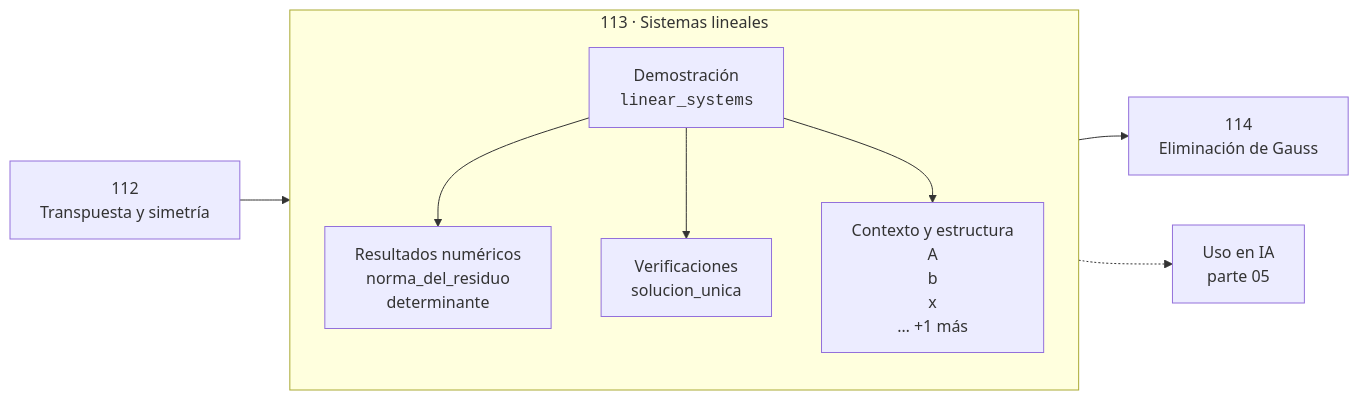
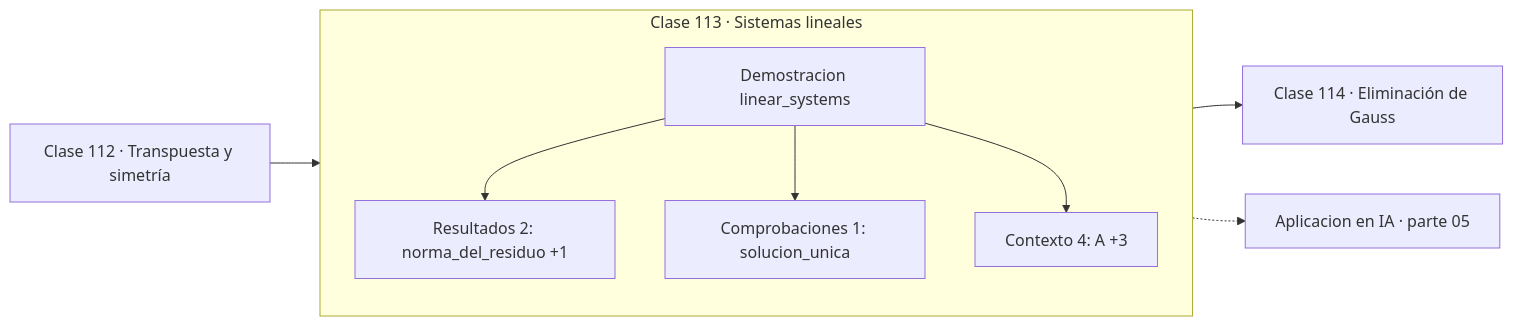
The diagram in classes/part-05-algebra-lineal-i-vectores-y-matrices/113-sistemas-lineales/README.md (vladimiracunadev-create/computational-mathematics-program), drawn with Mermaid before and after one commit. The commit also changed 389 other files, not shown here.

First line of the commit message:
fix(diagramas): elimina el HTML de las etiquetas Mermaid

````diff
--- a/classes/part-05-algebra-lineal-i-vectores-y-matrices/113-sistemas-lineales/README.md
+++ b/classes/part-05-algebra-lineal-i-vectores-y-matrices/113-sistemas-lineales/README.md
@@ -30,12 +30,13 @@
 ```mermaid
 flowchart LR
-    P["112<br/>Transpuesta y simetría"] --> C
-    subgraph C["113 · Sistemas lineales"]
+    P["Clase 112 · Transpuesta y simetría"] --> D
+    subgraph CLASE["Clase 113 · Sistemas lineales"]
         direction TB
-        D["Demostración<br/><code>linear_systems</code>"] --> R["Resultados numéricos<br/>norma_del_residuo<br/>determinante"]
-        D --> V["Verificaciones<br/>solucion_unica"]
-        D --> O["Contexto y estructura<br/>A<br/>b<br/>x<br/>… +1 más"]
+        D["Demostracion linear_systems"]
+        D --> R["Resultados 2: norma_del_residuo +1"]
+        D --> V["Comprobaciones 1: solucion_unica"]
+        D --> O["Contexto 4: A +3"]
     end
-    C --> N["114<br/>Eliminación de Gauss"]
-    C -.-> IA["Uso en IA<br/>parte 05"]
+    R --> N["Clase 114 · Eliminación de Gauss"]
+    V -.-> IA["Aplicacion en IA · parte 05"]
 ```
````
